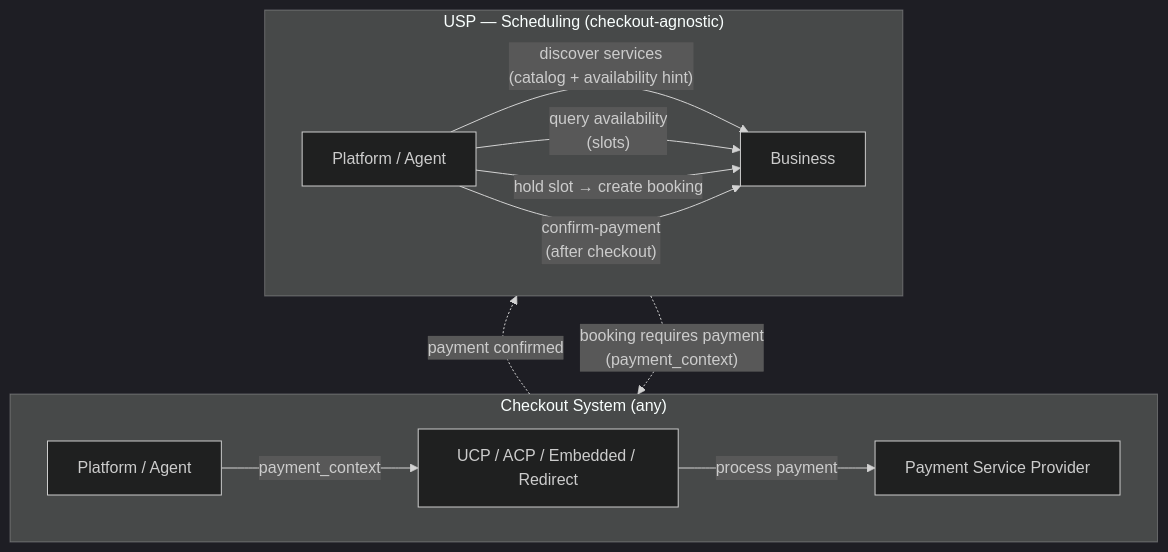
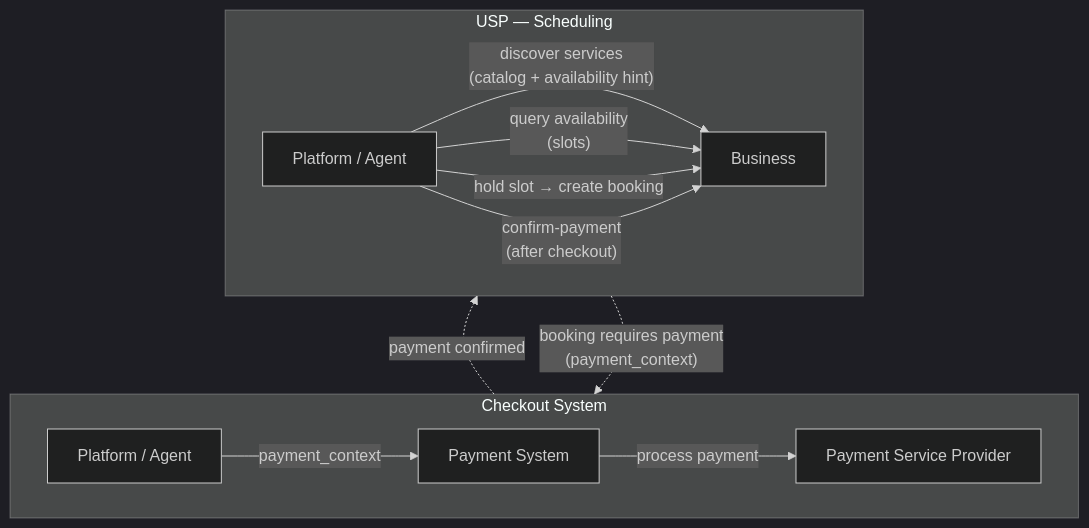
Before and after one commit to wix/universal-scheduling-protocol: the first of 8 diagrams in hybrid/specification.md, drawn with Mermaid (dark theme). The commit also changed other lines of this file and 1 other file, not shown here.

````diff
--- a/hybrid/specification.md
+++ b/hybrid/specification.md
@@ -274,20 +273,20 @@
 ```mermaid
 graph BT
 
-    subgraph USP ["USP — Scheduling (checkout-agnostic)"]
+    subgraph USP ["USP — Scheduling"]
         direction LR
         P[Platform / Agent] -- "discover services\n(catalog + availability hint)" --> B[Business]
         P -- "query availability\n(slots)" --> B
         P -- "hold slot → create booking" --> B
         P -- "confirm-payment\n(after checkout)" --> B
     end
 
-    subgraph CS ["Checkout System (any)"]
+    subgraph CS ["Checkout System"]
         direction LR
-        P2[Platform / Agent] -- "payment_context" --> CS_IMPL["UCP / ACP / Embedded / Redirect"]
+        P2[Platform / Agent] -- "payment_context" --> CS_IMPL["Payment System"]
         CS_IMPL -- "process payment" --> PSP[Payment Service Provider]
     end
 
     USP -. "booking requires payment\n(payment_context)" .-> CS
     CS -. "payment confirmed" .-> USP
 ```
````
